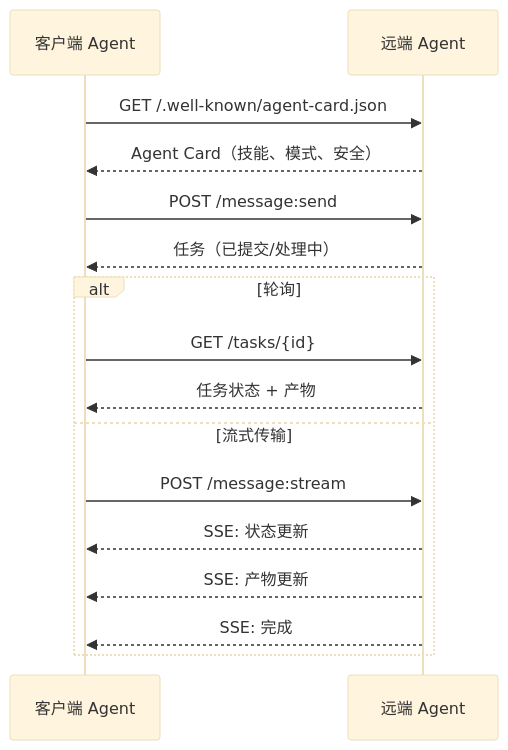
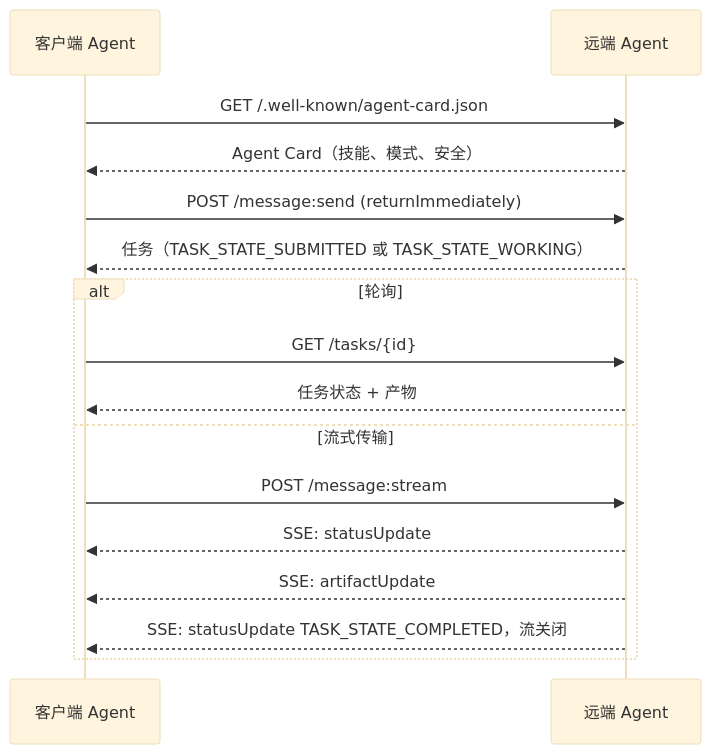
The third of 13 diagrams in phases/16-multi-agent-and-swarms/03-communication-protocols/docs/zh.md (fancyboi999/ai-engineering-from-scratch-zh), drawn with Mermaid (base theme) before and after one commit. The commit also changed other lines of this file and 36 other files, not shown here.

Commit message:
sync(zh): 同步上游 A2A 1.0.1 规范、交互图表动画修复与课程打卡功能 (#95)

````diff
--- a/phases/16-multi-agent-and-swarms/03-communication-protocols/docs/zh.md
+++ b/phases/16-multi-agent-and-swarms/03-communication-protocols/docs/zh.md
@@ -82,21 +82,21 @@
 ```mermaid
 sequenceDiagram
     participant Client as 客户端 Agent
     participant Remote as 远端 Agent
 
     Client->>Remote: GET /.well-known/agent-card.json
     Remote-->>Client: Agent Card（技能、模式、安全）
 
-    Client->>Remote: POST /message:send
-    Remote-->>Client: 任务（已提交/处理中）
+    Client->>Remote: POST /message:send (returnImmediately)
+    Remote-->>Client: 任务（TASK_STATE_SUBMITTED 或 TASK_STATE_WORKING）
 
     alt 轮询
         Client->>Remote: GET /tasks/{id}
         Remote-->>Client: 任务状态 + 产物
     else 流式传输
         Client->>Remote: POST /message:stream
-        Remote-->>Client: SSE: 状态更新
-        Remote-->>Client: SSE: 产物更新
-        Remote-->>Client: SSE: 完成
+        Remote-->>Client: SSE: statusUpdate
+        Remote-->>Client: SSE: artifactUpdate
+        Remote-->>Client: SSE: statusUpdate TASK_STATE_COMPLETED，流关闭
     end
 ```
````
